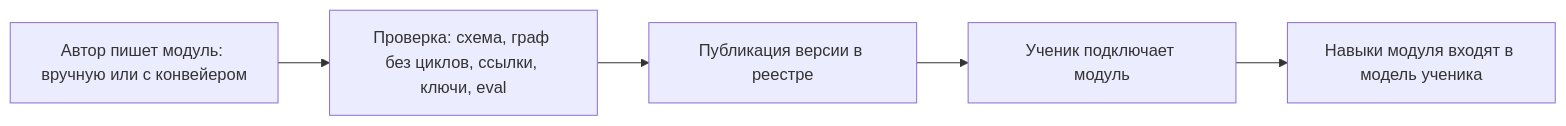
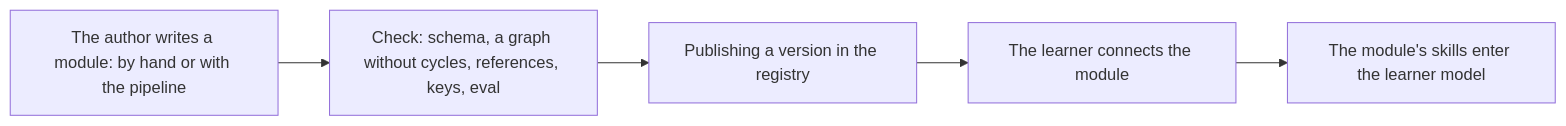
Before and after one commit to altnovatrail/spec: the second of 2 diagrams in docs/product.md, drawn with Mermaid. The commit also changed other lines of this file and 8 other files, not shown here.

````diff
--- a/docs/product.md
+++ b/docs/product.md
@@ -108,7 +108,7 @@
 ```mermaid
 flowchart LR
-    A["Автор пишет модуль: вручную или с конвейером"] --> V["Проверка: схема, граф без циклов, ссылки, ключи, eval"]
-    V --> P["Публикация версии в реестре"]
-    P --> U["Ученик подключает модуль"]
-    U --> K["Навыки модуля входят в модель ученика"]
+    A["The author writes a module: by hand or with the pipeline"] --> V["Check: schema, a graph without cycles, references, keys, eval"]
+    V --> P["Publishing a version in the registry"]
+    P --> U["The learner connects the module"]
+    U --> K["The module's skills enter the learner model"]
 ```
````
